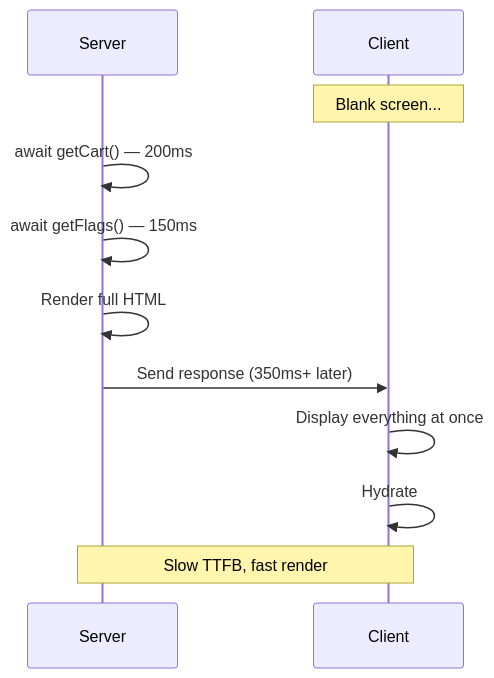
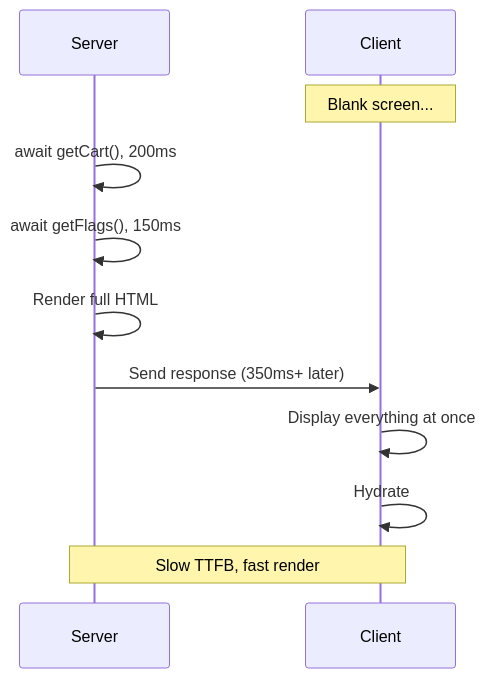
The fifth of 7 diagrams in content/logs/07-nextjs-promises-ppr.mdx (joyco-studio/hub), drawn with Mermaid before and after one commit. The commit also changed other lines of this file, not shown here.

````diff
--- a/content/logs/07-nextjs-promises-ppr.mdx
+++ b/content/logs/07-nextjs-promises-ppr.mdx
@@ -393,14 +393,14 @@
 ```mermaid
 sequenceDiagram
     participant S as Server
     participant C as Client
 
     Note over C: Blank screen...
-    S->>S: await getCart() — 200ms
-    S->>S: await getFlags() — 150ms
+    S->>S: await getCart(), 200ms
+    S->>S: await getFlags(), 150ms
     S->>S: Render full HTML
     S->>C: Send response (350ms+ later)
     C->>C: Display everything at once
     C->>C: Hydrate
     Note over S,C: Slow TTFB, fast render
 ```
````
